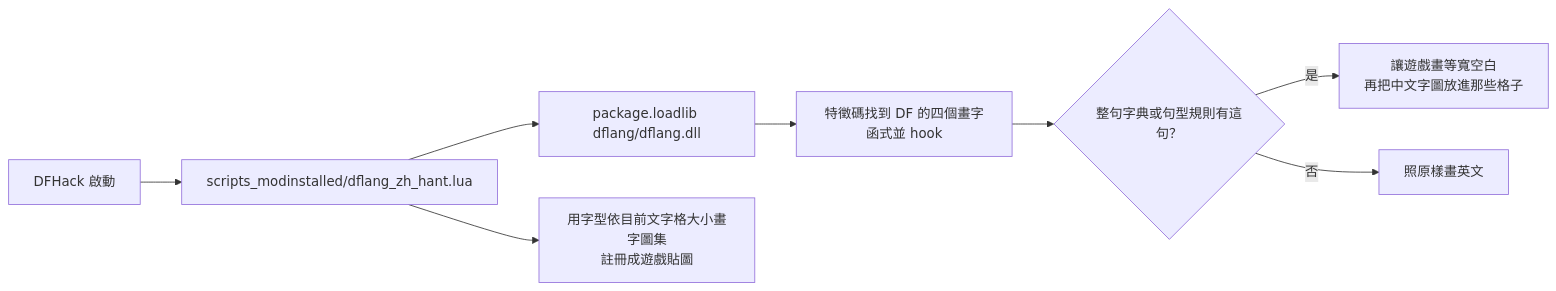
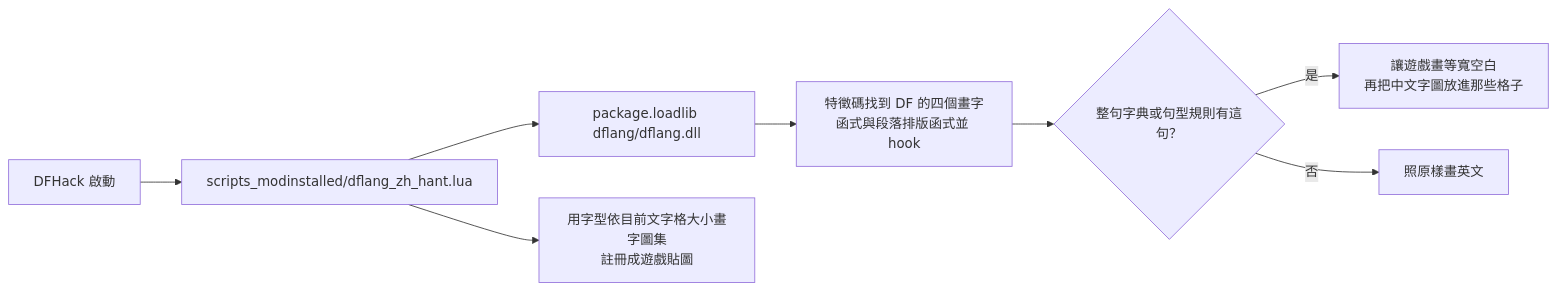
One commit to Minidoracat/MinidoracatDFLang changed the diagram in README.md. Above: the diagram before and after it, drawn with Mermaid. The commit also changed other lines of this file and 9 other files, not shown here.

````diff
--- a/README.md
+++ b/README.md
@@ -23,10 +23,10 @@
 ```mermaid
 flowchart LR
   A[DFHack 啟動] --> B[scripts_modinstalled/dflang_zh_hant.lua]
   B --> C[package.loadlib dflang/dflang.dll]
   B --> D[用字型依目前文字格大小畫字圖集<br>註冊成遊戲貼圖]
-  C --> E[特徵碼找到 DF 的四個畫字函式並 hook]
+  C --> E[特徵碼找到 DF 的四個畫字函式與段落排版函式並 hook]
   E --> F{整句字典或句型規則有這句？}
   F -->|是| G[讓遊戲畫等寬空白<br>再把中文字圖放進那些格子]
   F -->|否| H[照原樣畫英文]
 ```
````
